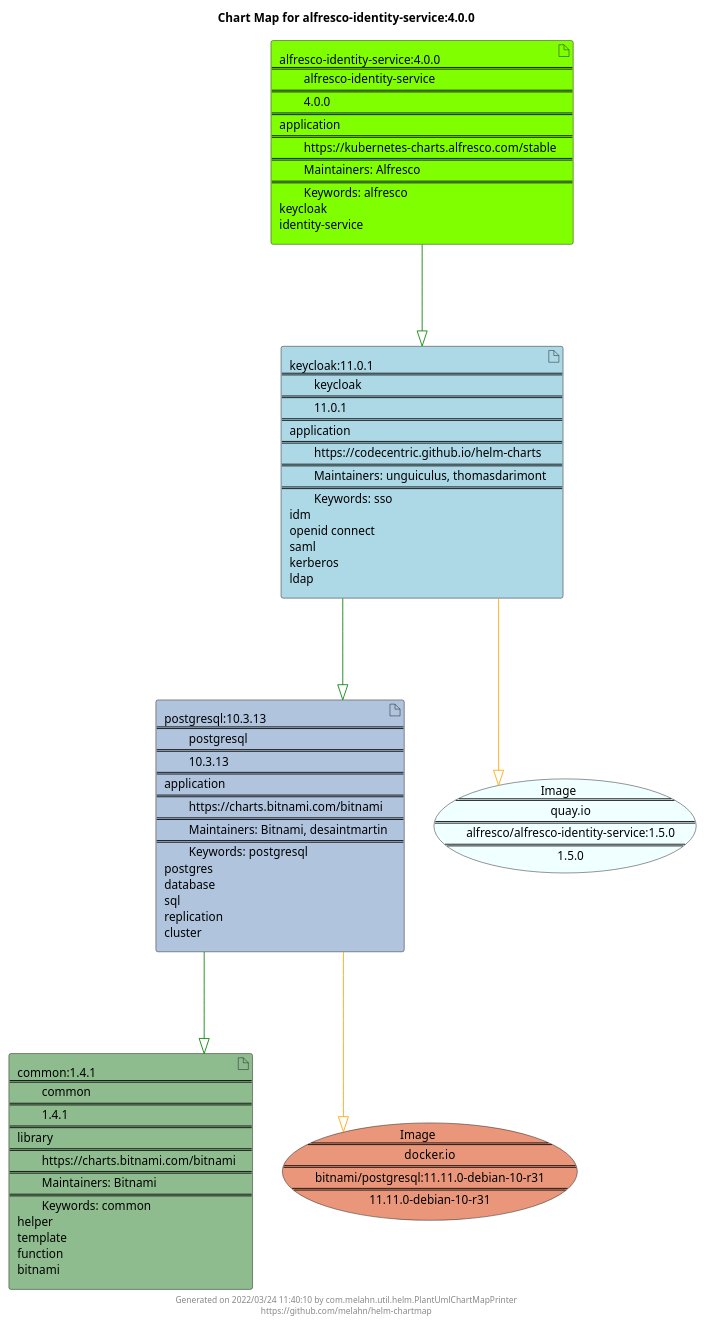
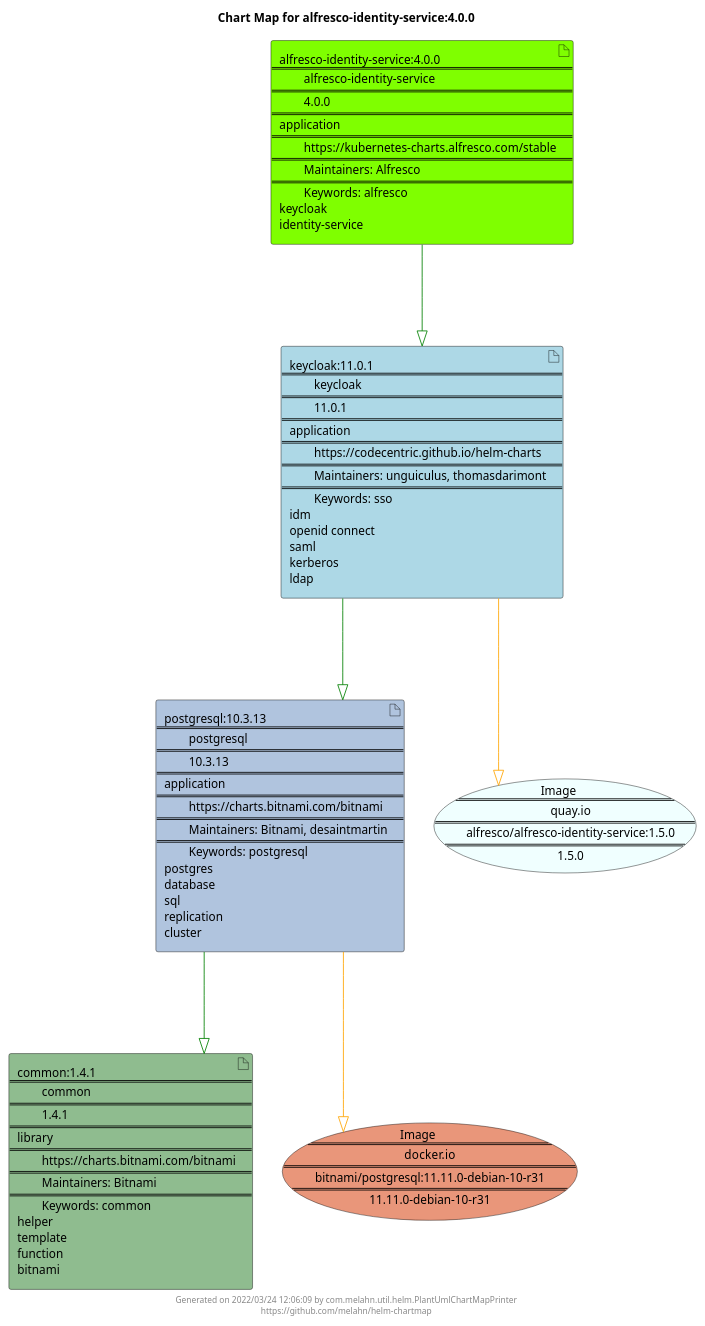
The diagram in docs/alfresco-identity-service/alfresco-identity-service-4.0.0.puml (melahn/helm-chartmap), drawn with PlantUML before and after one commit. The commit also changed 51 other files, not shown here.

Commit message:
Update Example Chart Maps as part of GitHub build

```diff
--- a/docs/alfresco-identity-service/alfresco-identity-service-4.0.0.puml
+++ b/docs/alfresco-identity-service/alfresco-identity-service-4.0.0.puml
@@ -1,29 +1,29 @@
 @startuml
 skinparam linetype ortho
 skinparam backgroundColor white
 skinparam usecaseBorderColor black
 skinparam usecaseArrowColor LightSlateGray
 skinparam artifactBorderColor black
 skinparam artifactArrowColor LightSlateGray
 
 title Chart Map for alfresco-identity-service:4.0.0
 
 'There are 4 referenced Helm Charts
 artifact "common:1.4.1\n====\n\tcommon\n====\n\t1.4.1\n====\nlibrary\n====\n\thttps://charts.bitnami.com/bitnami\n====\n\tMaintainers: Bitnami\n====\n\tKeywords: common\nhelper\ntemplate\nfunction\nbitnami" as common_1_4_1 #DarkSeaGreen
 artifact "alfresco-identity-service:4.0.0\n====\n\talfresco-identity-service\n====\n\t4.0.0\n====\napplication\n====\n\thttps://kubernetes-charts.alfresco.com/stable\n====\n\tMaintainers: Alfresco\n====\n\tKeywords: alfresco\nkeycloak\nidentity-service" as alfresco_identity_service_4_0_0 #Chartreuse
 artifact "postgresql:10.3.13\n====\n\tpostgresql\n====\n\t10.3.13\n====\napplication\n====\n\thttps://charts.bitnami.com/bitnami\n====\n\tMaintainers: Bitnami, desaintmartin\n====\n\tKeywords: postgresql\npostgres\ndatabase\nsql\nreplication\ncluster" as postgresql_10_3_13 #LightSteelBlue
 artifact "keycloak:11.0.1\n====\n\tkeycloak\n====\n\t11.0.1\n====\napplication\n====\n\thttps://codecentric.github.io/helm-charts\n====\n\tMaintainers: unguiculus, thomasdarimont\n====\n\tKeywords: sso\nidm\nopenid connect\nsaml\nkerberos\nldap" as keycloak_11_0_1 #LightBlue
 
 'There are 2 referenced Docker Images
 usecase "Image\n====\n\tquay.io\n====\n\talfresco/alfresco-identity-service:1.5.0\n====\n\t1.5.0" as quay_io_alfresco_alfresco_identity_service_1_5_0 #Azure
 usecase "Image\n====\n\tdocker.io\n====\n\tbitnami/postgresql:11.11.0-debian-10-r31\n====\n\t11.11.0-debian-10-r31" as docker_io_bitnami_postgresql_11_11_0_debian_10_r31 #DarkSalmon
 
 'Chart Dependencies
 alfresco_identity_service_4_0_0--[#green]-|>keycloak_11_0_1
 keycloak_11_0_1--[#green]-|>postgresql_10_3_13
 postgresql_10_3_13--[#green]-|>common_1_4_1
 postgresql_10_3_13--[#orange]-|>docker_io_bitnami_postgresql_11_11_0_debian_10_r31
 keycloak_11_0_1--[#orange]-|>quay_io_alfresco_alfresco_identity_service_1_5_0
 
-center footer Generated on 2022/03/24 11:40:10 by com.melahn.util.helm.PlantUmlChartMapPrinter\nhttps://github.com/melahn/helm-chartmap
+center footer Generated on 2022/03/24 12:06:09 by com.melahn.util.helm.PlantUmlChartMapPrinter\nhttps://github.com/melahn/helm-chartmap
 @enduml
```
